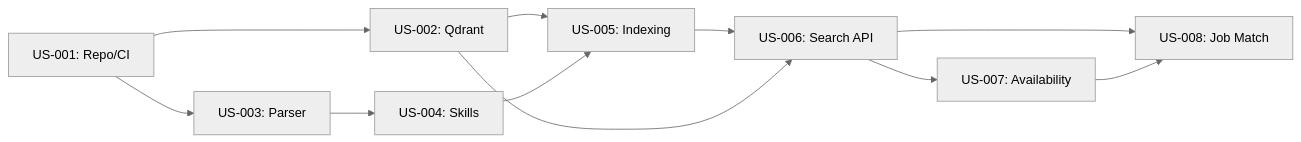
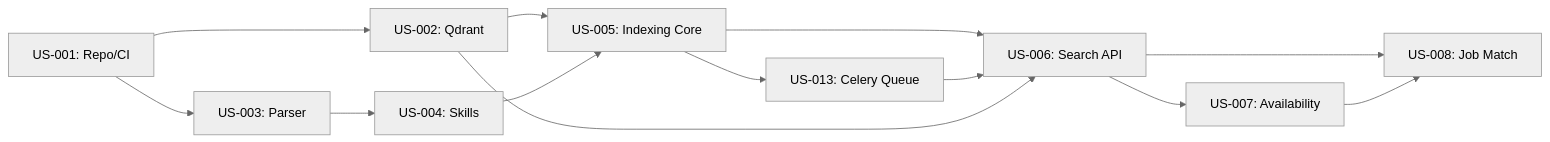
Before and after one commit to giamma80/profilebot: the diagram in docs/USER_STORIES_DETAILED.md, drawn with Mermaid (neutral theme). The commit also changed other lines of this file and 13 other files, not shown here.

````diff
--- a/docs/USER_STORIES_DETAILED.md
+++ b/docs/USER_STORIES_DETAILED.md
@@ -972,13 +1122,15 @@
 ```mermaid
 graph LR
     US001[US-001: Repo/CI] --> US002[US-002: Qdrant]
     US001 --> US003[US-003: Parser]
-    US002 --> US005[US-005: Indexing]
+    US002 --> US005[US-005: Indexing Core]
     US003 --> US004[US-004: Skills]
     US004 --> US005
+    US005 --> US013[US-013: Celery Queue]
     US005 --> US006[US-006: Search API]
+    US013 --> US006
     US002 --> US006
     US006 --> US007[US-007: Availability]
     US006 --> US008[US-008: Job Match]
     US007 --> US008
 ```
````
